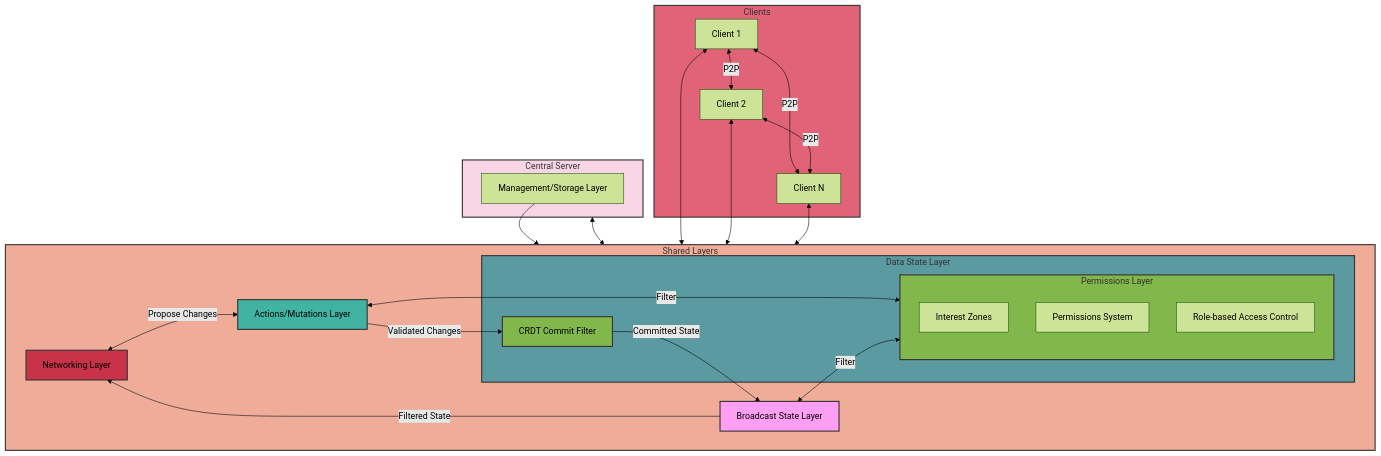
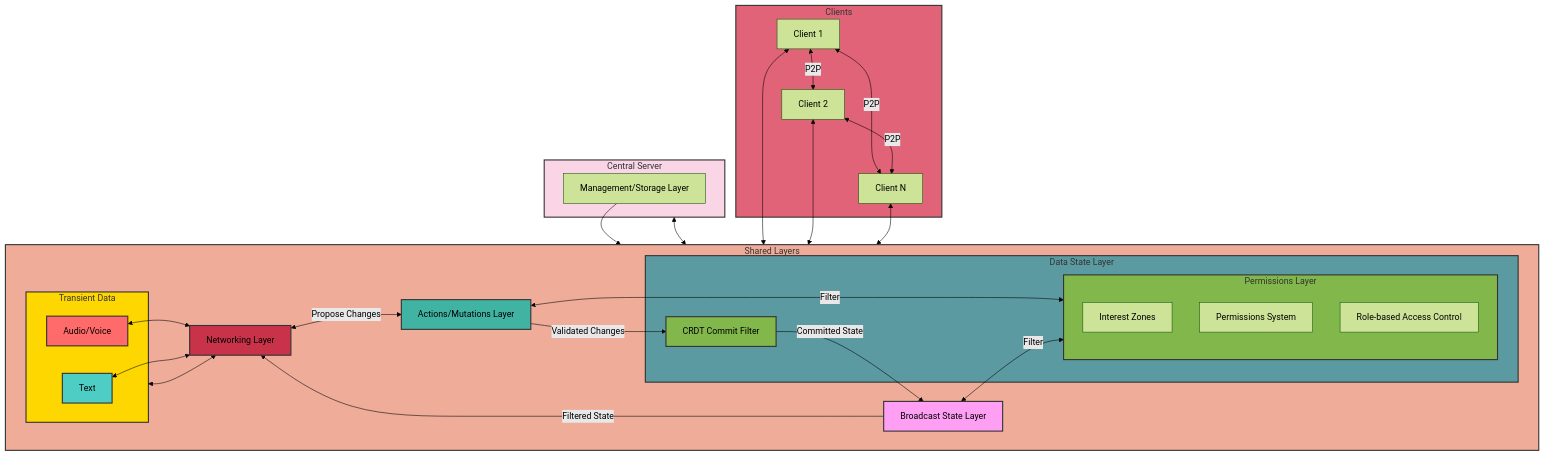
The diagram in README.md (vircadia/vircadia-world-sdk-ts), drawn with Mermaid (forest theme) before and after one commit. The commit also changed other lines of this file, not shown here.

Commit message:
Add transient comms to arch.

````diff
--- a/README.md
+++ b/README.md
@@ -39,54 +39,65 @@
 ```mermaid
 graph TD
     subgraph CentralServer [Central Server]
         A[Management/Storage Layer]
     end
 
     subgraph SharedLayers [Shared Layers]
         C[Networking Layer]
         subgraph D [Data State Layer]
             D1[CRDT Commit Filter]
             D2[Permissions Layer]
             subgraph D2 [Permissions Layer]
                 D2a[Interest Zones]
                 D2b[Permissions System]
                 D2c[Role-based Access Control]
             end
         end
         E[Actions/Mutations Layer]
         F[Broadcast State Layer]
+        subgraph G [Transient Data]
+            G1[Audio/Voice]
+            G2[Text]
+        end
     end
 
     subgraph Clients [Clients]
         Client1[Client 1]
         Client2[Client 2]
         ClientN[Client N]
     end
 
     A --> SharedLayers
     CentralServer <--> SharedLayers
     Client1 <--> SharedLayers
     Client2 <--> SharedLayers
     ClientN <--> SharedLayers
     Client1 <-->|P2P| Client2
     Client1 <-->|P2P| ClientN
     Client2 <-->|P2P| ClientN
 
     C <-->|Propose Changes| E
     E -->|Validated Changes| D1
     D1 -->|Committed State| F
     F -->|Filtered State| C
 
     E <-->|Filter| D2
     F <-->|Filter| D2
 
+    C <--> G
+    G1 <--> C
+    G2 <--> C
+
     style CentralServer fill:#f9d5e5,stroke:#333,stroke-width:2px
     style SharedLayers fill:#eeac99,stroke:#333,stroke-width:2px
     style Clients fill:#e06377,stroke:#333,stroke-width:2px
     style C fill:#c83349,stroke:#333,stroke-width:2px
     style D fill:#5b9aa0,stroke:#333,stroke-width:2px
     style D1 fill:#82b74b,stroke:#333,stroke-width:2px
     style D2 fill:#82b74b,stroke:#333,stroke-width:2px
     style E fill:#41b3a3,stroke:#333,stroke-width:2px
     style F fill:#ff9ff3,stroke:#333,stroke-width:2px
+    style G fill:#ffd700,stroke:#333,stroke-width:2px
+    style G1 fill:#ff6b6b,stroke:#333,stroke-width:2px
+    style G2 fill:#4ecdc4,stroke:#333,stroke-width:2px
 ```
````
